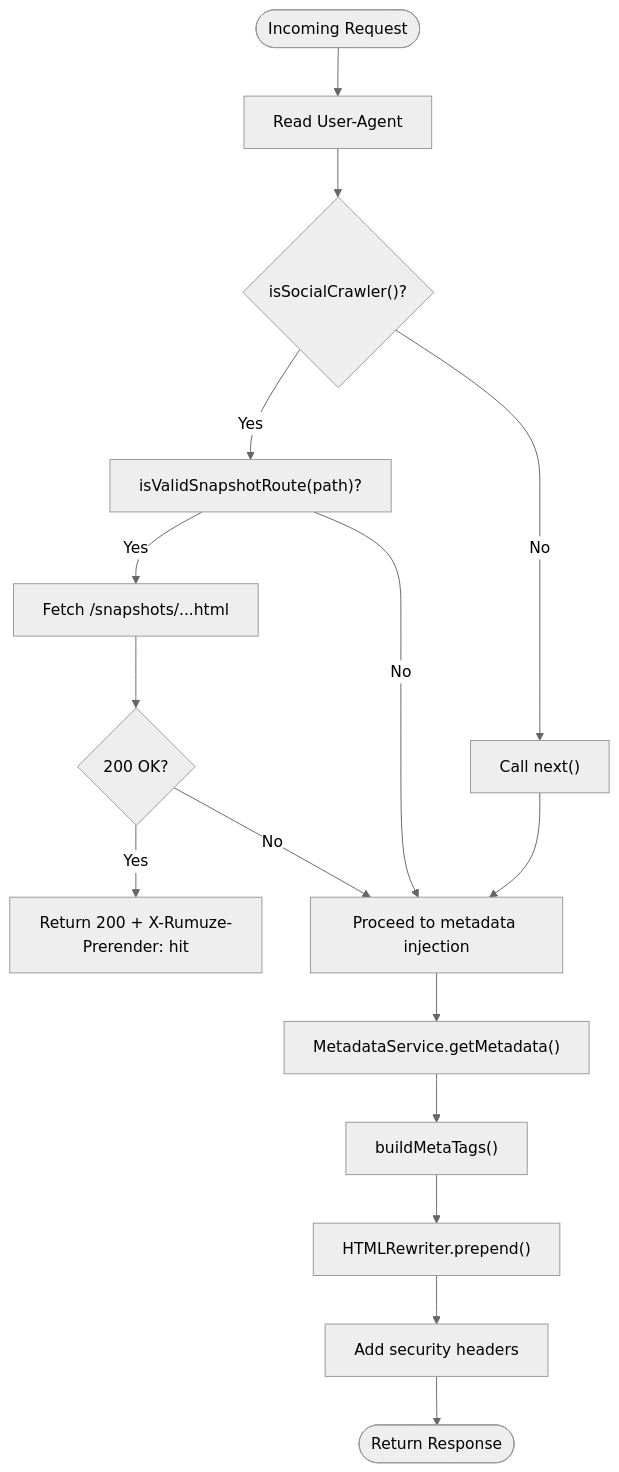
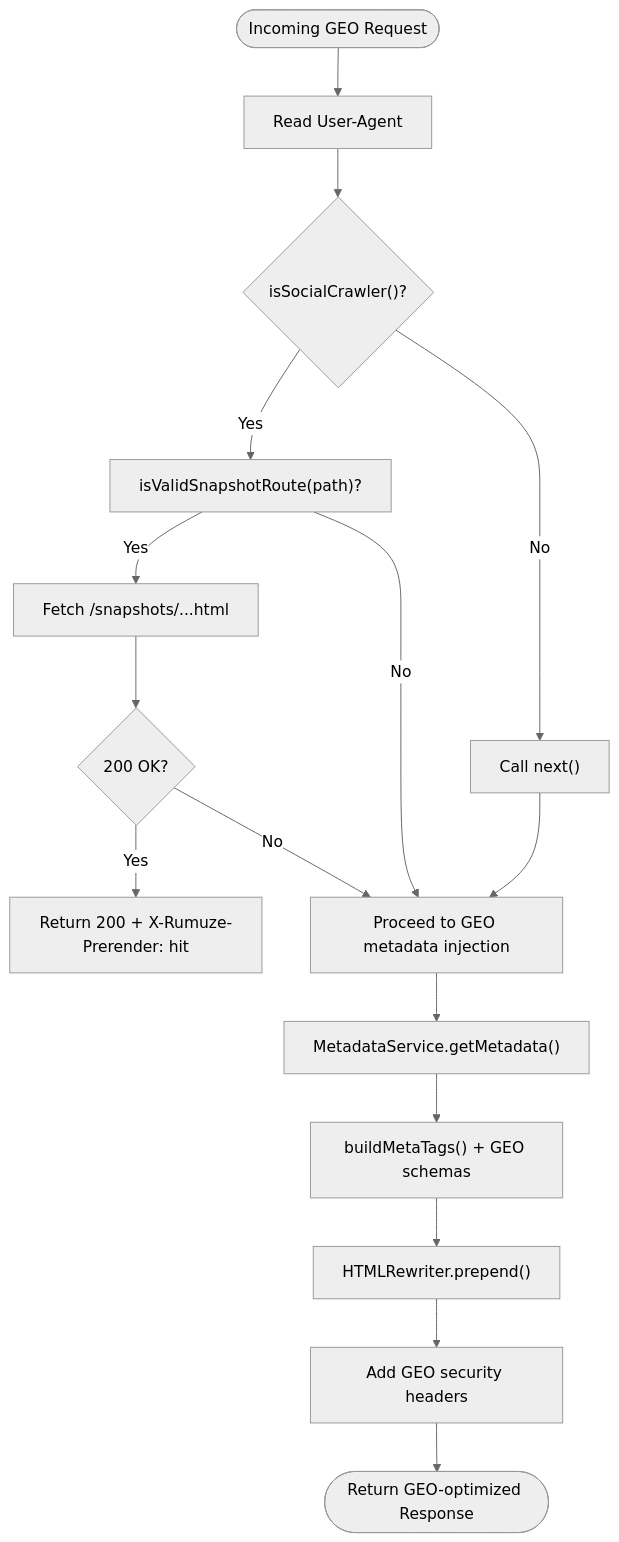
One commit to rumuze/landing-page changed the third of 6 diagrams in .qoder/repowiki/en/content/SEO and Social Media Optimization/SEO and Social Media Optimization.md. Above: the diagram before and after it, drawn with Mermaid (neutral theme). The commit also changed other lines of this file and 5 other files, not shown here.

````diff
--- a/.qoder/repowiki/en/content/SEO and Social Media Optimization/SEO and Social Media Optimization.md
+++ b/.qoder/repowiki/en/content/SEO and Social Media Optimization/SEO and Social Media Optimization.md
@@ -169,18 +199,18 @@
 ```mermaid
 flowchart TD
-Start(["Incoming Request"]) --> UA["Read User-Agent"]
+Start(["Incoming GEO Request"]) --> UA["Read User-Agent"]
 UA --> IsCrawler{"isSocialCrawler()?"}
 IsCrawler --> |No| Next["Call next()"]
 IsCrawler --> |Yes| SnapshotCheck["isValidSnapshotRoute(path)?"]
 SnapshotCheck --> |Yes| FetchSnap["Fetch /snapshots/...html"]
 FetchSnap --> SnapFound{"200 OK?"}
 SnapFound --> |Yes| ReturnSnap["Return 200 + X-Rumuze-Prerender: hit"]
-SnapFound --> |No| Fallback["Proceed to metadata injection"]
+SnapFound --> |No| Fallback["Proceed to GEO metadata injection"]
 SnapshotCheck --> |No| Fallback
 Next --> Fallback
 Fallback --> GetMeta["MetadataService.getMetadata()"]
-GetMeta --> BuildTags["buildMetaTags()"]
+GetMeta --> BuildTags["buildMetaTags() + GEO schemas"]
 BuildTags --> Rewriter["HTMLRewriter.prepend()"]
-Rewriter --> SecureResp["Add security headers"]
-SecureResp --> End(["Return Response"])
+Rewriter --> SecureResp["Add GEO security headers"]
+SecureResp --> End(["Return GEO-optimized Response"])
 ```
````
